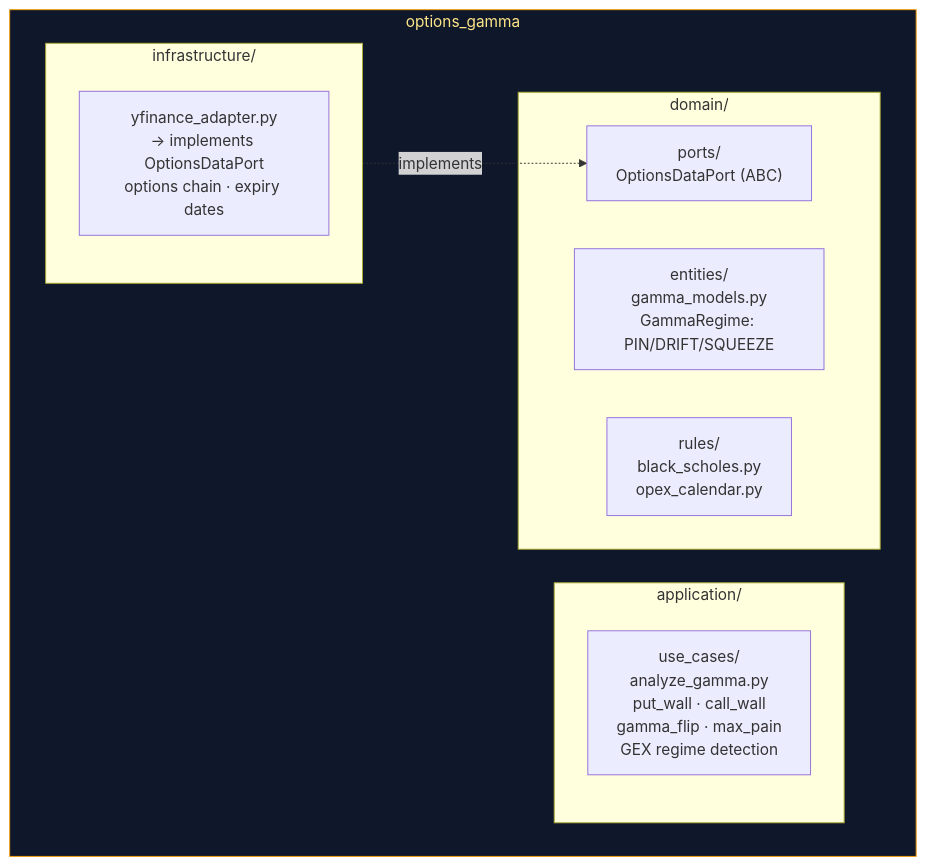
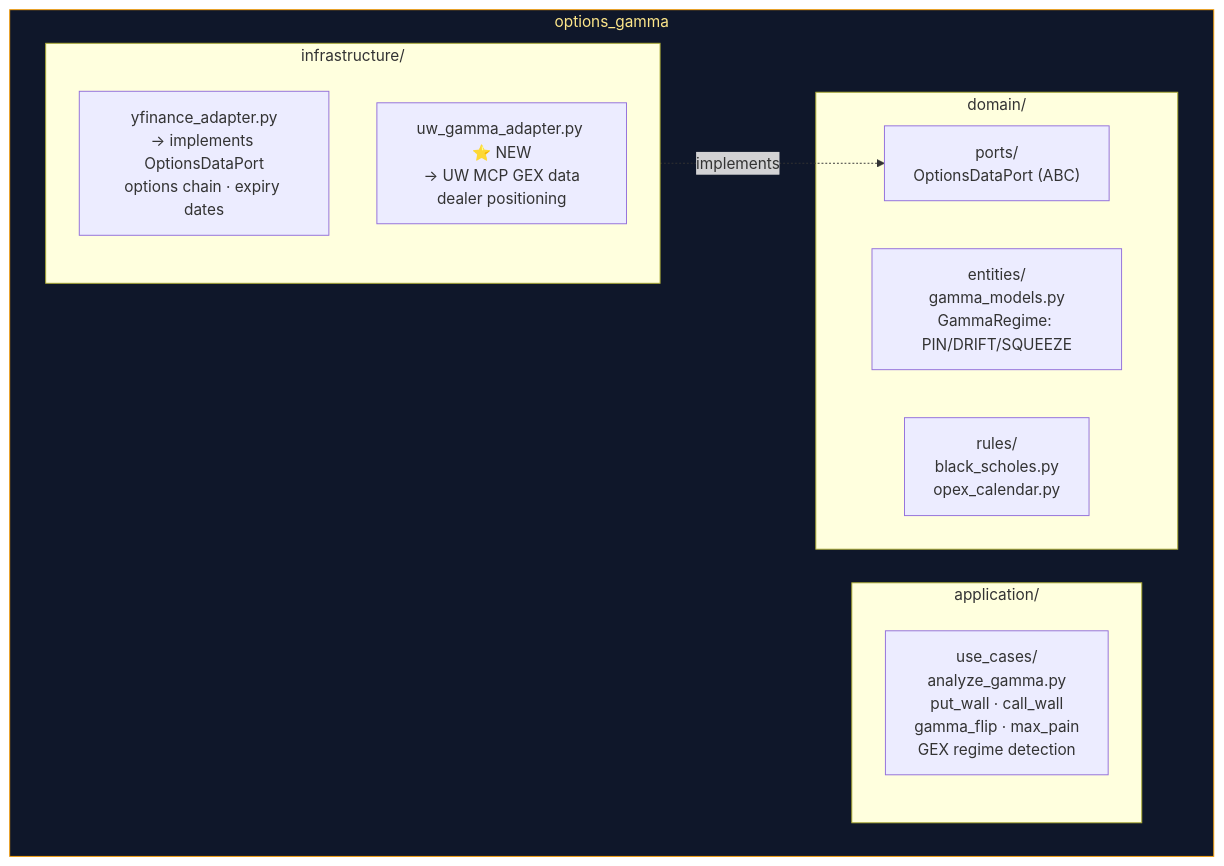
Before and after one commit to Charlie7532/botero-trade-engine: the fifth of 11 diagrams in docs/architecture-modules-internal.md, drawn with Mermaid. The commit also changed other lines of this file and 1 other file, not shown here.

Commit message:
docs: update architecture to V15 with vault-first patterns and new swing gate modules

````diff
--- a/docs/architecture-modules-internal.md
+++ b/docs/architecture-modules-internal.md
@@ -114,20 +152,21 @@
 ```mermaid
 graph TB
     subgraph OG["options_gamma"]
         subgraph OG_DOM["domain/"]
             OG_E["entities/<br/>gamma_models.py<br/>GammaRegime: PIN/DRIFT/SQUEEZE"]
             OG_P["ports/<br/>OptionsDataPort (ABC)"]
             OG_R["rules/<br/>black_scholes.py<br/>opex_calendar.py"]
         end
         subgraph OG_APP["application/"]
             OG_UC["use_cases/<br/>analyze_gamma.py<br/>put_wall · call_wall<br/>gamma_flip · max_pain<br/>GEX regime detection"]
         end
         subgraph OG_INF["infrastructure/"]
             OG_YF["yfinance_adapter.py<br/>→ implements OptionsDataPort<br/>options chain · expiry dates"]
+            OG_UW["uw_gamma_adapter.py ⭐ NEW<br/>→ UW MCP GEX data<br/>dealer positioning"]
         end
     end
 
     OG_INF -.->|"implements"| OG_P
 
     style OG fill:#0f172a,stroke:#f59e0b,color:#fde68a
 ```
````
